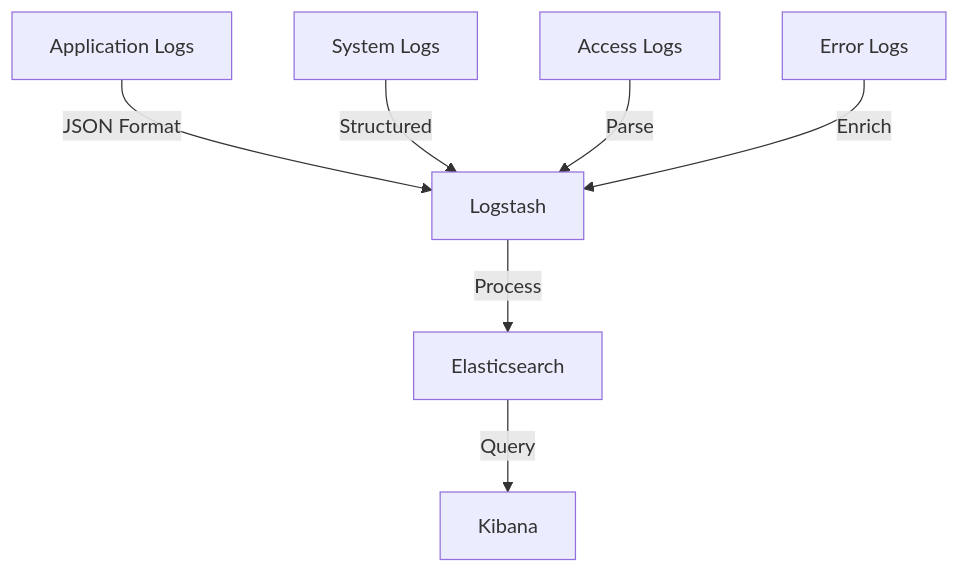
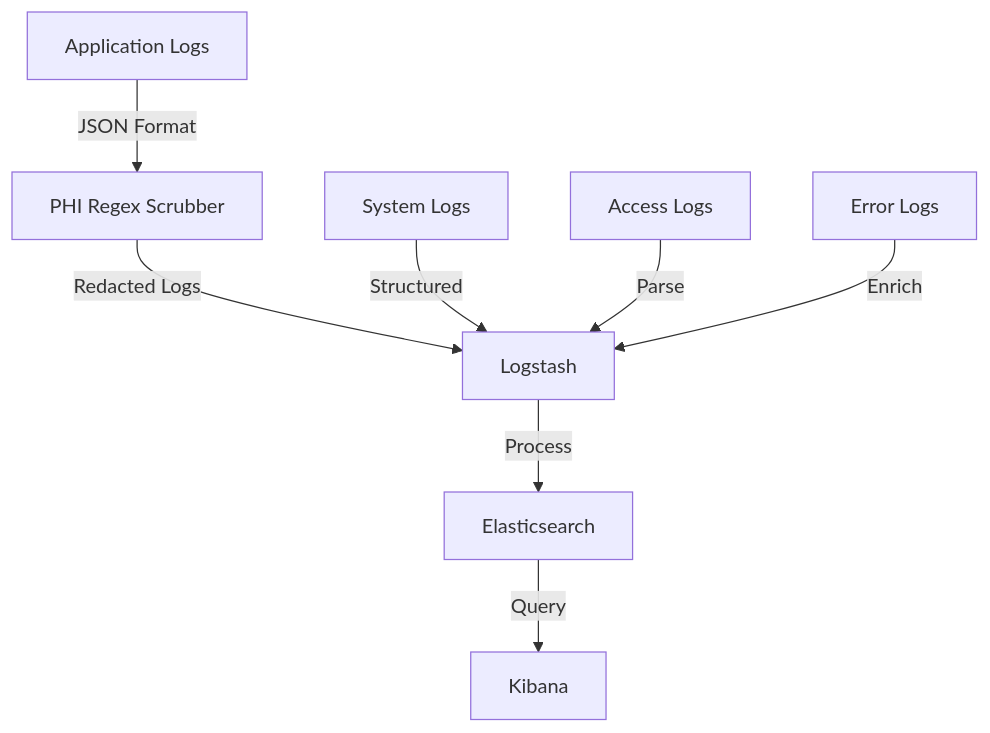
One commit to UCLH-Digital-Innovation-Hub/Xhuma changed the fourth of 10 diagrams in docs/data_flow.md. Above: the diagram before and after it, drawn with Mermaid. The commit also changed other lines of this file and 3 other files, not shown here.

````diff
--- a/docs/data_flow.md
+++ b/docs/data_flow.md
@@ -47,10 +47,11 @@
 ```mermaid
 flowchart TD
-    A[Application Logs] -->|JSON Format| B[Logstash]
-    B -->|Process| C[Elasticsearch]
-    C -->|Query| D[Kibana]
+    A[Application Logs] -->|JSON Format| B[PHI Regex Scrubber]
+    B -->|Redacted Logs| C[Logstash]
+    C -->|Process| D[Elasticsearch]
+    D -->|Query| E[Kibana]
 
-    E[System Logs] -->|Structured| B
-    F[Access Logs] -->|Parse| B
-    G[Error Logs] -->|Enrich| B
+    F[System Logs] -->|Structured| C
+    G[Access Logs] -->|Parse| C
+    H[Error Logs] -->|Enrich| C
 ```
````
